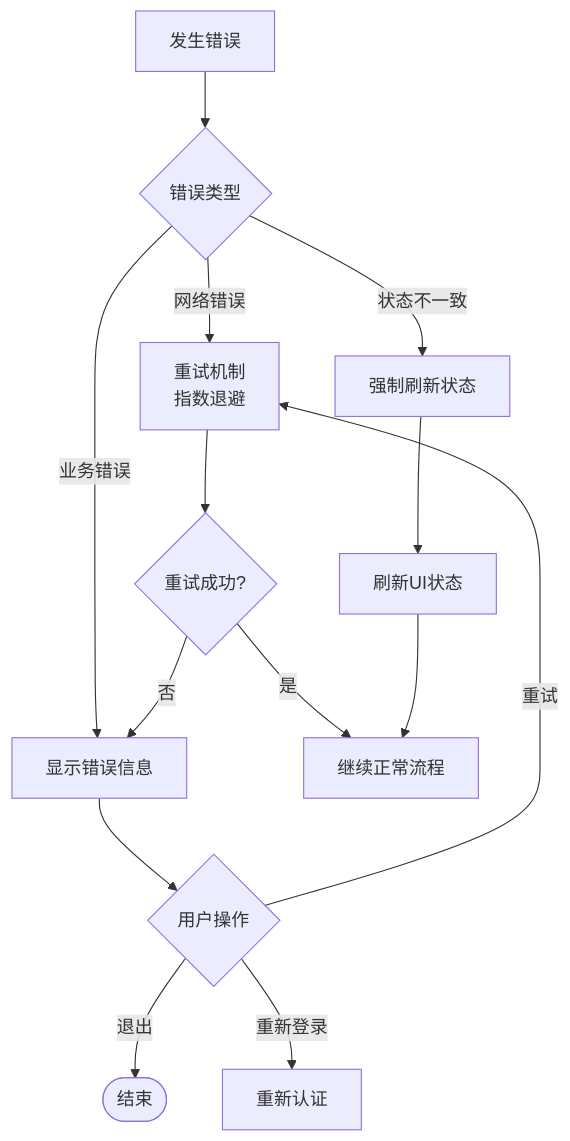
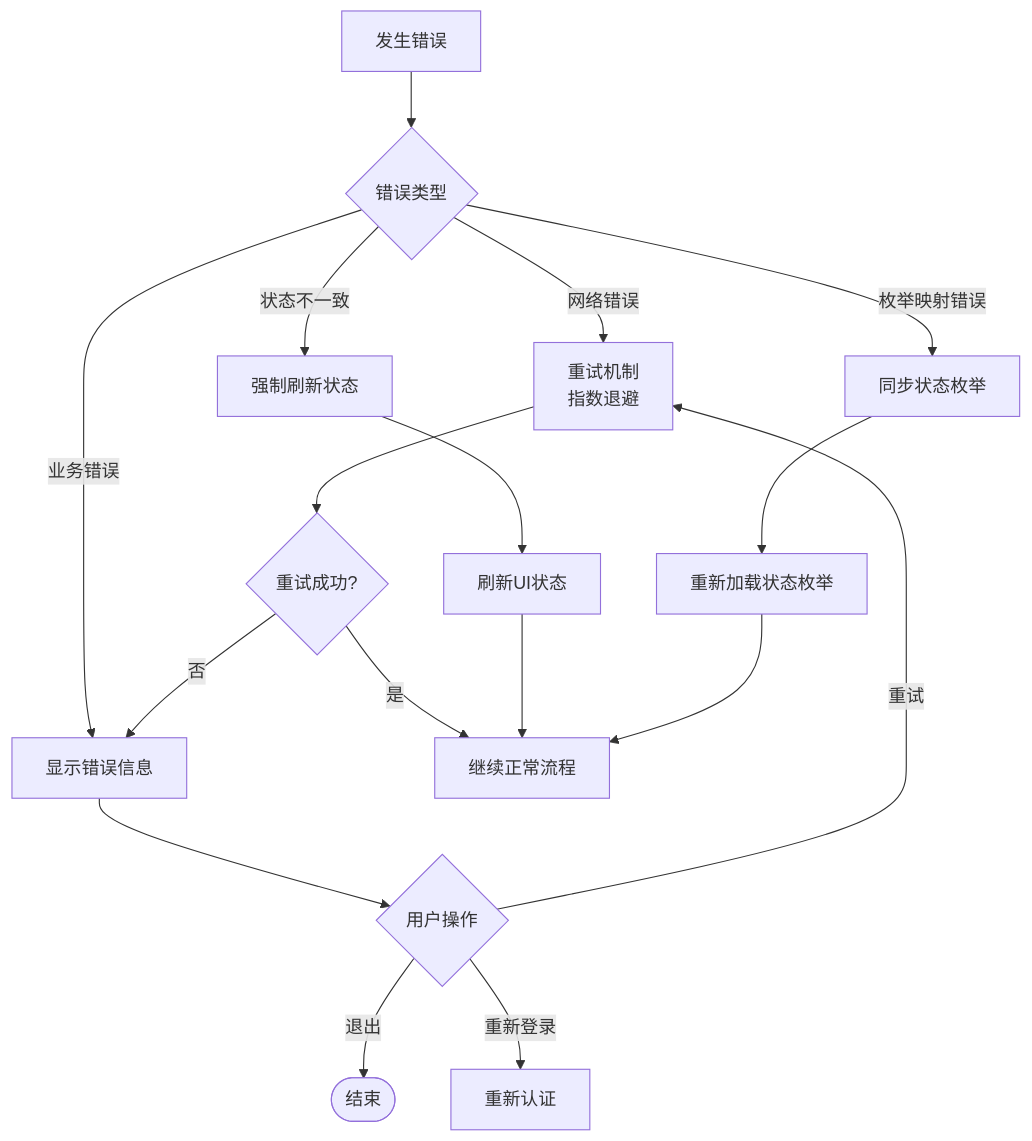
Before and after one commit to Jayden23018/blind-run-ios: diagram 12 of 12 in .qoder/repowiki/zh/content/核心功能模块/订单生命周期管理.md, drawn with Mermaid. The commit also changed other lines of this file and 35 other files, not shown here.

Commit message:
Implement backend auth and role-switch flow

````diff
--- a/.qoder/repowiki/zh/content/核心功能模块/订单生命周期管理.md
+++ b/.qoder/repowiki/zh/content/核心功能模块/订单生命周期管理.md
@@ -441,16 +591,19 @@
 ```mermaid
 flowchart TD
 Error[发生错误] --> CheckType{错误类型}
 CheckType --> |网络错误| Retry["重试机制<br/>指数退避"]
 CheckType --> |业务错误| ShowError["显示错误信息"]
 CheckType --> |状态不一致| ForceRefresh["强制刷新状态"]
+CheckType --> |枚举映射错误| SyncEnums["同步状态枚举"]
 Retry --> Success{"重试成功?"}
 Success --> |是| Continue["继续正常流程"]
 Success --> |否| ShowError
 ForceRefresh --> RefreshUI["刷新UI状态"]
 RefreshUI --> Continue
+SyncEnums --> RefreshEnums["重新加载状态枚举"]
+RefreshEnums --> Continue
 ShowError --> UserAction{"用户操作"}
 UserAction --> |重试| Retry
 UserAction --> |退出| End([结束])
 UserAction --> |重新登录| Reauth["重新认证"]
 ```
````
